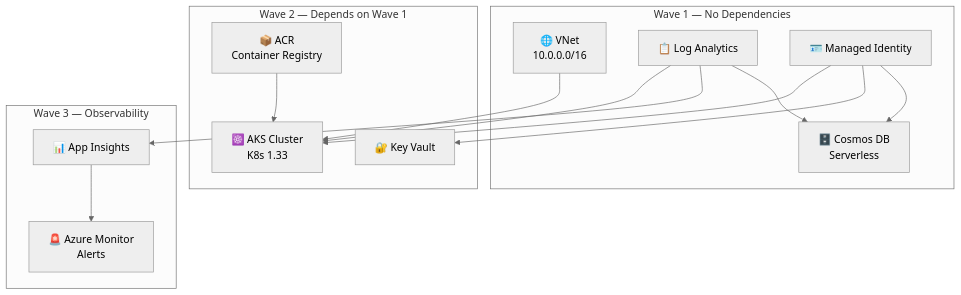
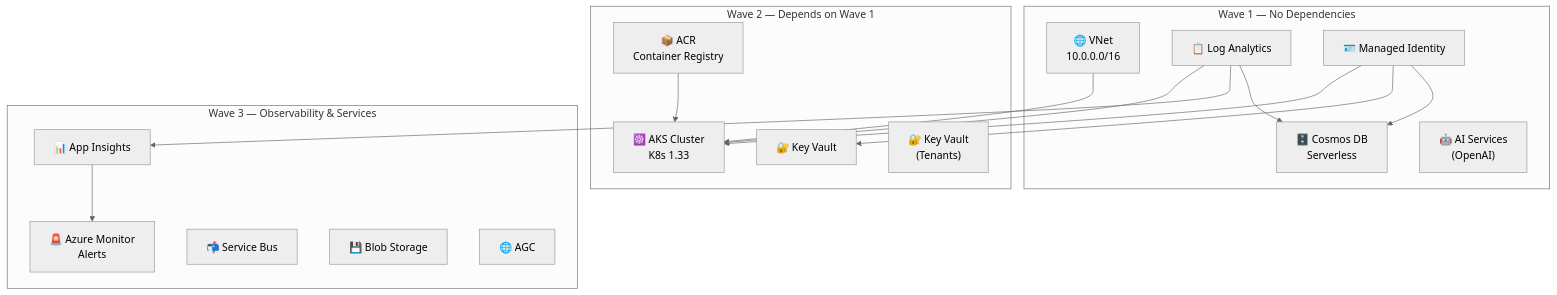
Before and after one commit to roie9876/AI-Platform-System: the sixth of 6 diagrams in README.md, drawn with Mermaid (neutral theme). The commit also changed other lines of this file, not shown here.

First line of the commit message:
docs: comprehensive README update to reflect current architecture

````diff
--- a/README.md
+++ b/README.md
@@ -932,26 +982,31 @@
 ```mermaid
 graph TB
     subgraph "Wave 1 — No Dependencies"
         VNet["🌐 VNet<br/>10.0.0.0/16"]
         Log["📋 Log Analytics"]
         Identity["🪪 Managed Identity"]
         Cosmos["🗄️ Cosmos DB<br/>Serverless"]
+        AI["🤖 AI Services<br/>(OpenAI)"]
     end
 
     subgraph "Wave 2 — Depends on Wave 1"
         ACR["📦 ACR<br/>Container Registry"]
         AKS["☸️ AKS Cluster<br/>K8s 1.33"]
         KV["🔐 Key Vault"]
+        KVT["🔐 Key Vault<br/>(Tenants)"]
     end
 
-    subgraph "Wave 3 — Observability"
-        AI["📊 App Insights"]
+    subgraph "Wave 3 — Observability & Services"
+        AppIns["📊 App Insights"]
         Alerts["🚨 Azure Monitor<br/>Alerts"]
+        SB["📬 Service Bus"]
+        Storage["💾 Blob Storage"]
+        AGC["🌐 AGC"]
     end
 
     VNet --> AKS
     Identity --> AKS & KV & Cosmos
-    Log --> AKS & AI & Cosmos
+    Log --> AKS & AppIns & Cosmos
     ACR --> AKS
-    AI --> Alerts
+    AppIns --> Alerts
 ```
````
